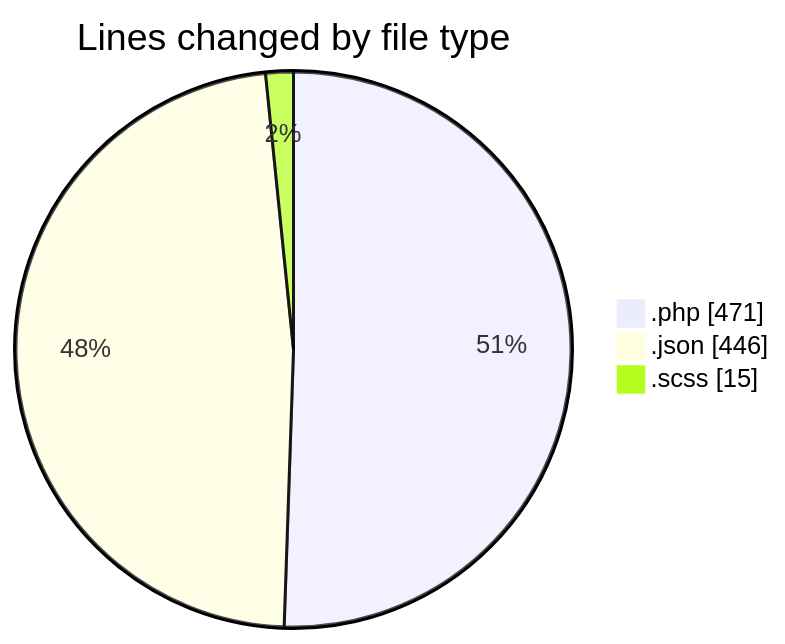
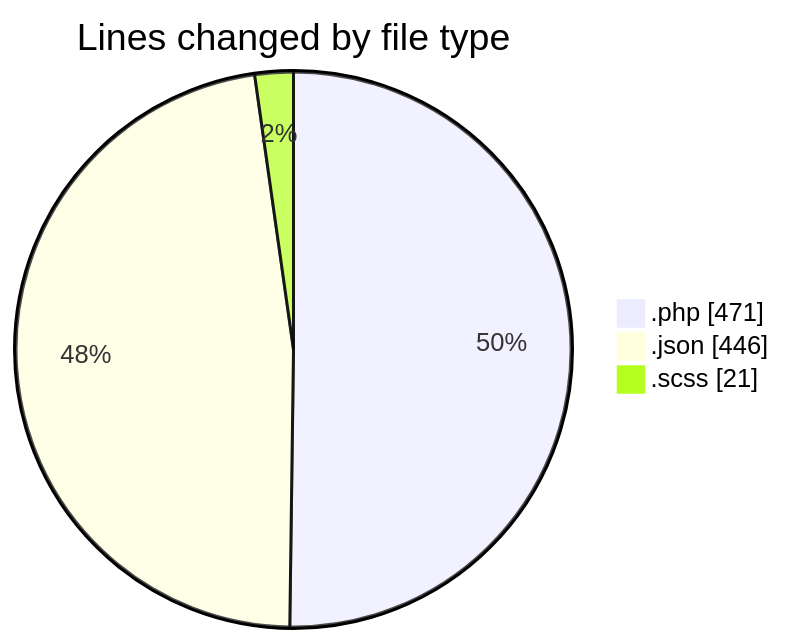
The first of 2 diagrams in 2025-03-27/autodidak/README.md (idhammustaqopulfikri/code-tracking), drawn with Mermaid before and after one commit. The commit also changed other lines of this file and 1 other file, not shown here.

````diff
--- a/2025-03-27/autodidak/README.md
+++ b/2025-03-27/autodidak/README.md
@@ -28,7 +28,7 @@
 ```mermaid
 pie showData
 title Lines changed by file type
 ".php" : 471
 ".json" : 446
-".scss" : 15
+".scss" : 21
 ```
````
